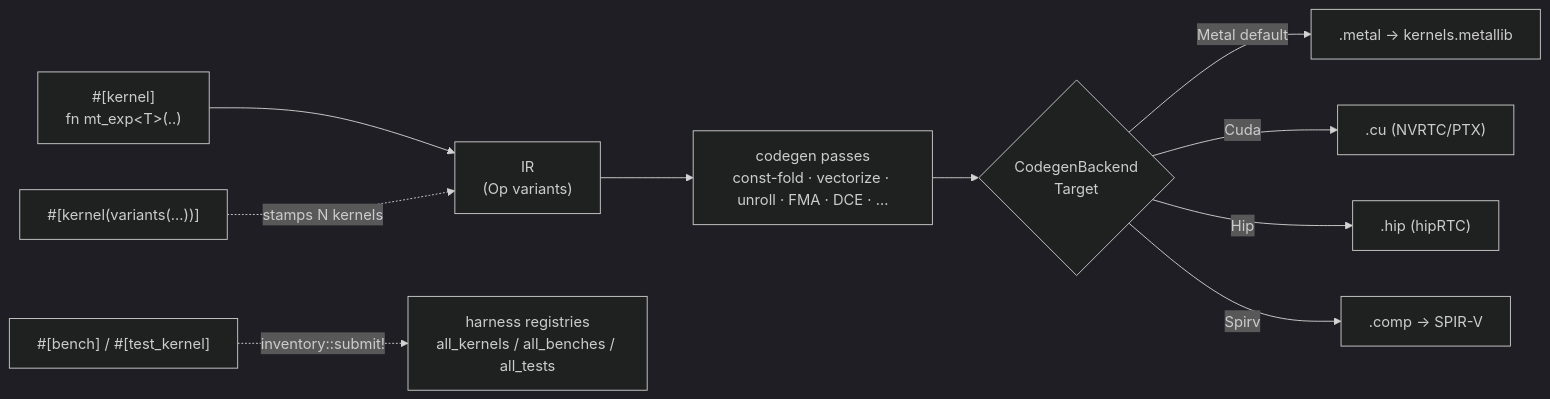
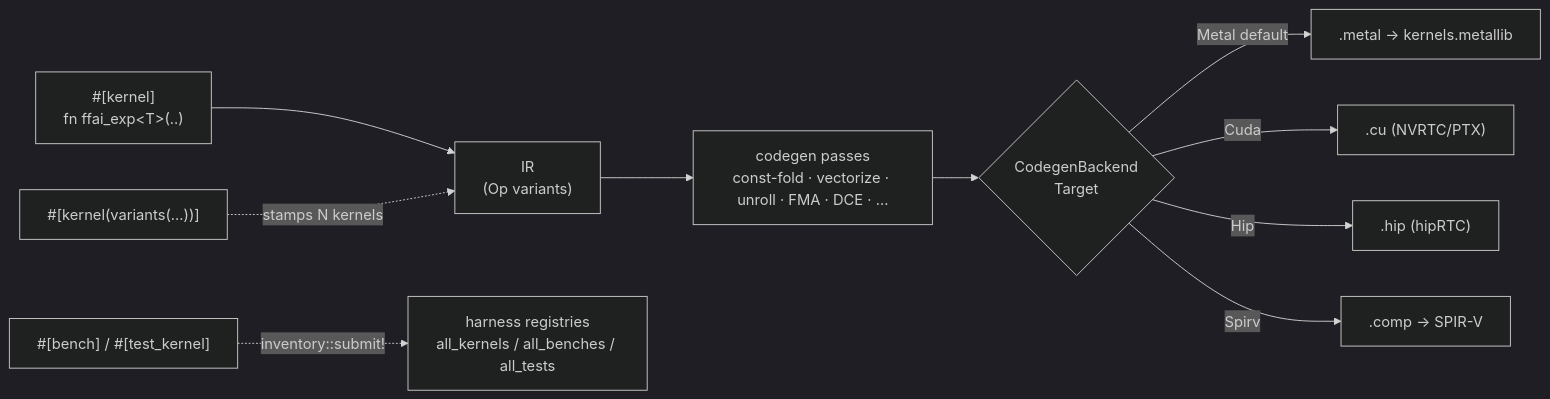
The second of 6 diagrams in docs/specs/ARCHITECTURE.md (giveen/iron), drawn with Mermaid (dark theme) before and after one commit. The commit also changed 374 other files, not shown here.

````diff
--- a/docs/specs/ARCHITECTURE.md
+++ b/docs/specs/ARCHITECTURE.md
@@ -65,12 +65,12 @@
 ```mermaid
 flowchart LR
-    K["#[kernel]<br/>fn mt_exp&lt;T&gt;(..)"] --> IR["IR<br/>(Op variants)"]
+    K["#[kernel]<br/>fn ffai_exp&lt;T&gt;(..)"] --> IR["IR<br/>(Op variants)"]
     V["#[kernel(variants(...))]"] -. "stamps N kernels" .-> IR
     IR --> Passes["codegen passes<br/>const-fold · vectorize · unroll · FMA · DCE · …"]
     Passes --> Backend{CodegenBackend<br/>Target}
     Backend -->|Metal default| MSL[".metal → kernels.metallib"]
     Backend -->|Cuda| CU[".cu (NVRTC/PTX)"]
     Backend -->|Hip| HIP[".hip (hipRTC)"]
     Backend -->|Spirv| SPV[".comp → SPIR-V"]
     B["#[bench] / #[test_kernel]"] -. "inventory::submit!" .-> Reg["harness registries<br/>all_kernels / all_benches / all_tests"]
 ```
````
